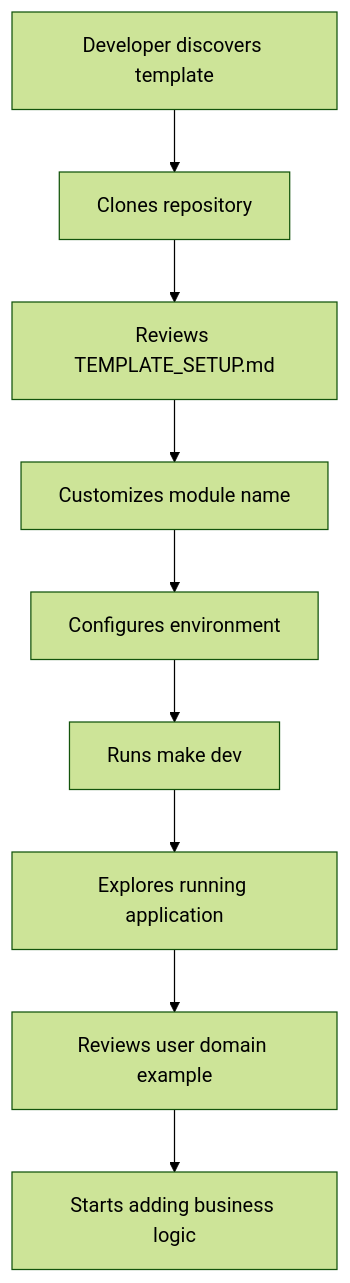
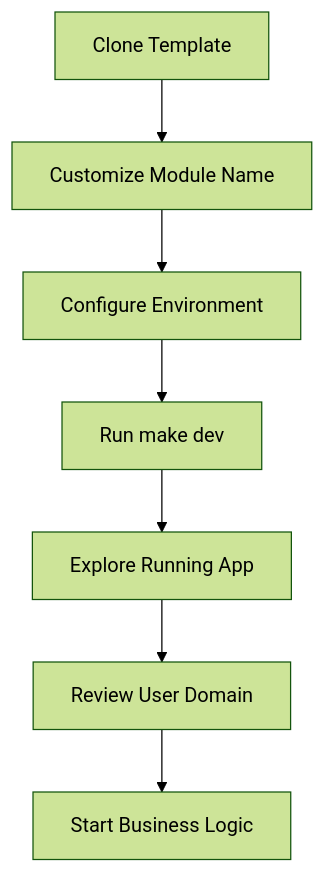
Before and after one commit to zercle/gofiber-skeleton: the first of 2 diagrams in .agents/rules/memory-bank/product.md, drawn with Mermaid (forest theme). The commit also changed other lines of this file and 5 other files, not shown here.

````diff
--- a/.agents/rules/memory-bank/product.md
+++ b/.agents/rules/memory-bank/product.md
@@ -48,11 +39,9 @@
 ```mermaid
 graph TD
-    A[Developer discovers template] --> B[Clones repository]
-    B --> C[Reviews TEMPLATE_SETUP.md]
-    C --> D[Customizes module name]
-    D --> E[Configures environment]
-    E --> F[Runs make dev]
-    F --> G[Explores running application]
-    G --> H[Reviews user domain example]
-    H --> I[Starts adding business logic]
+    A[Clone Template] --> B[Customize Module Name]
+    B --> C[Configure Environment]
+    C --> D[Run make dev]
+    D --> E[Explore Running App]
+    E --> F[Review User Domain]
+    F --> G[Start Business Logic]
 ```
````
